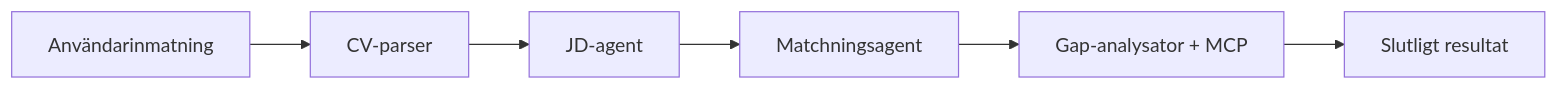
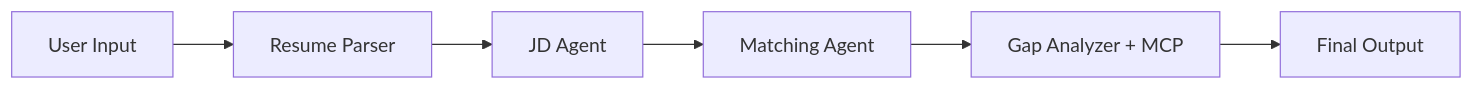
The second of 2 diagrams in translations/sv/workshop/lab02-multi-agent/docs/04-orchestration-patterns.md (microsoft-foundry/Foundry_Toolkit_for_VSCode_Lab), drawn with Mermaid before and after one commit. The commit also changed other lines of this file and 74 other files, not shown here.

````diff
--- a/translations/sv/workshop/lab02-multi-agent/docs/04-orchestration-patterns.md
+++ b/translations/sv/workshop/lab02-multi-agent/docs/04-orchestration-patterns.md
@@ -56,8 +56,8 @@
 ```mermaid
 flowchart LR
-    U[Användarinmatning] --> RP[CV-parser]
-    RP --> JD[JD-agent]
-    JD --> MA[Matchningsagent]
-    MA --> GA[Gap-analysator + MCP]
-    GA --> O[Slutligt resultat]
+    U[User Input] --> RP[Resume Parser]
+    RP --> JD[JD Agent]
+    JD --> MA[Matching Agent]
+    MA --> GA[Gap Analyzer + MCP]
+    GA --> O[Final Output]
 ```
````
